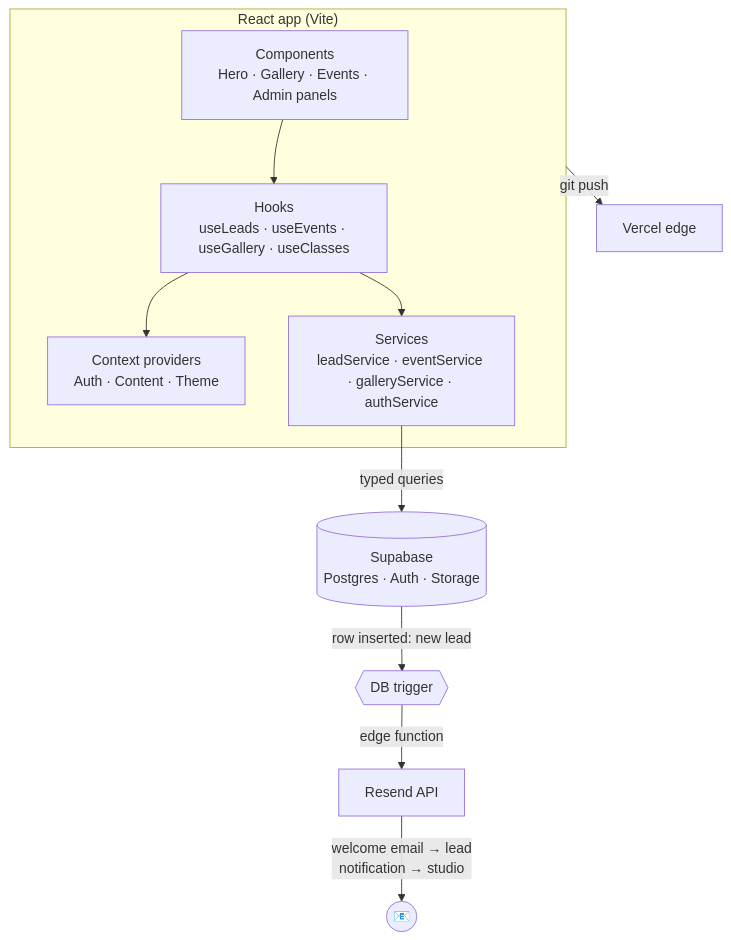
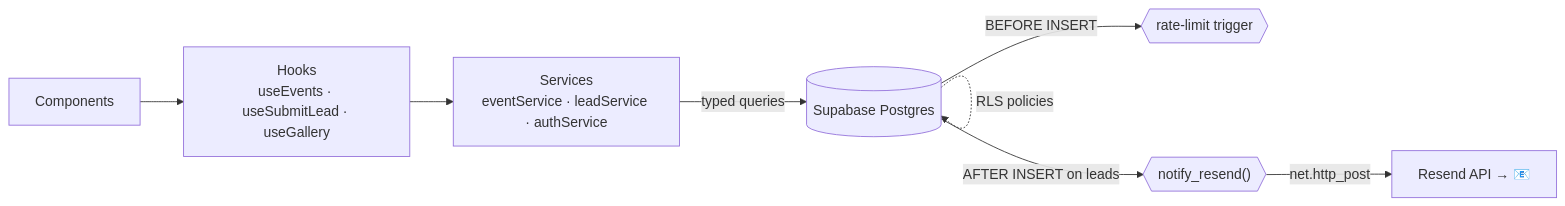
Before and after one commit to valeraschristos03/urban-dance-quality-showcase: the diagram in README.md, drawn with Mermaid. The commit also changed other lines of this file and 4 other files, not shown here.

````diff
--- a/README.md
+++ b/README.md
@@ -81,16 +76,10 @@
 ```mermaid
-flowchart TD
-    subgraph Client["React app (Vite)"]
-        UI["Components<br/>Hero · Gallery · Events · Admin panels"]
-        Hooks["Hooks<br/>useLeads · useEvents · useGallery · useClasses"]
-        Ctx["Context providers<br/>Auth · Content · Theme"]
-        Svc["Services<br/>leadService · eventService · galleryService · authService"]
-        UI --> Hooks --> Ctx
-        Hooks --> Svc
-    end
-    Svc -->|typed queries| SB[(Supabase<br/>Postgres · Auth · Storage)]
-    SB -->|row inserted: new lead| TRG{{DB trigger}}
-    TRG -->|edge function| RS[Resend API]
-    RS -->|"welcome email → lead<br/>notification → studio"| MAIL((📧))
-    Client -->|git push| VC[Vercel edge]
+flowchart LR
+    UI["Components"] --> H["Hooks<br/>useEvents · useSubmitLead · useGallery"]
+    H --> Svc["Services<br/>eventService · leadService · authService"]
+    Svc -->|"typed queries"| DB[("Supabase Postgres")]
+    DB -.->|"RLS policies"| DB
+    DB -->|"BEFORE INSERT"| RL{{"rate-limit trigger"}}
+    DB -->|"AFTER INSERT on leads"| RS{{"notify_resend()"}}
+    RS -->|"net.http_post"| Resend["Resend API → 📧"]
 ```
````
